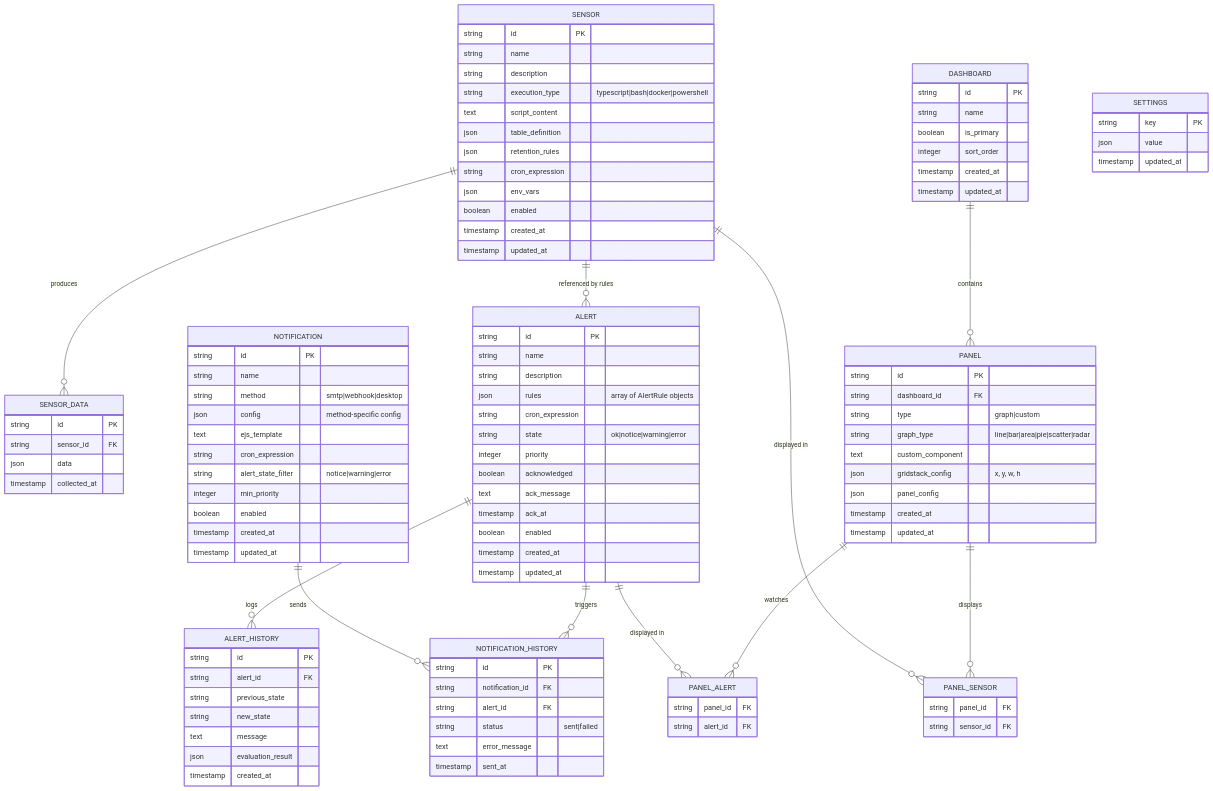
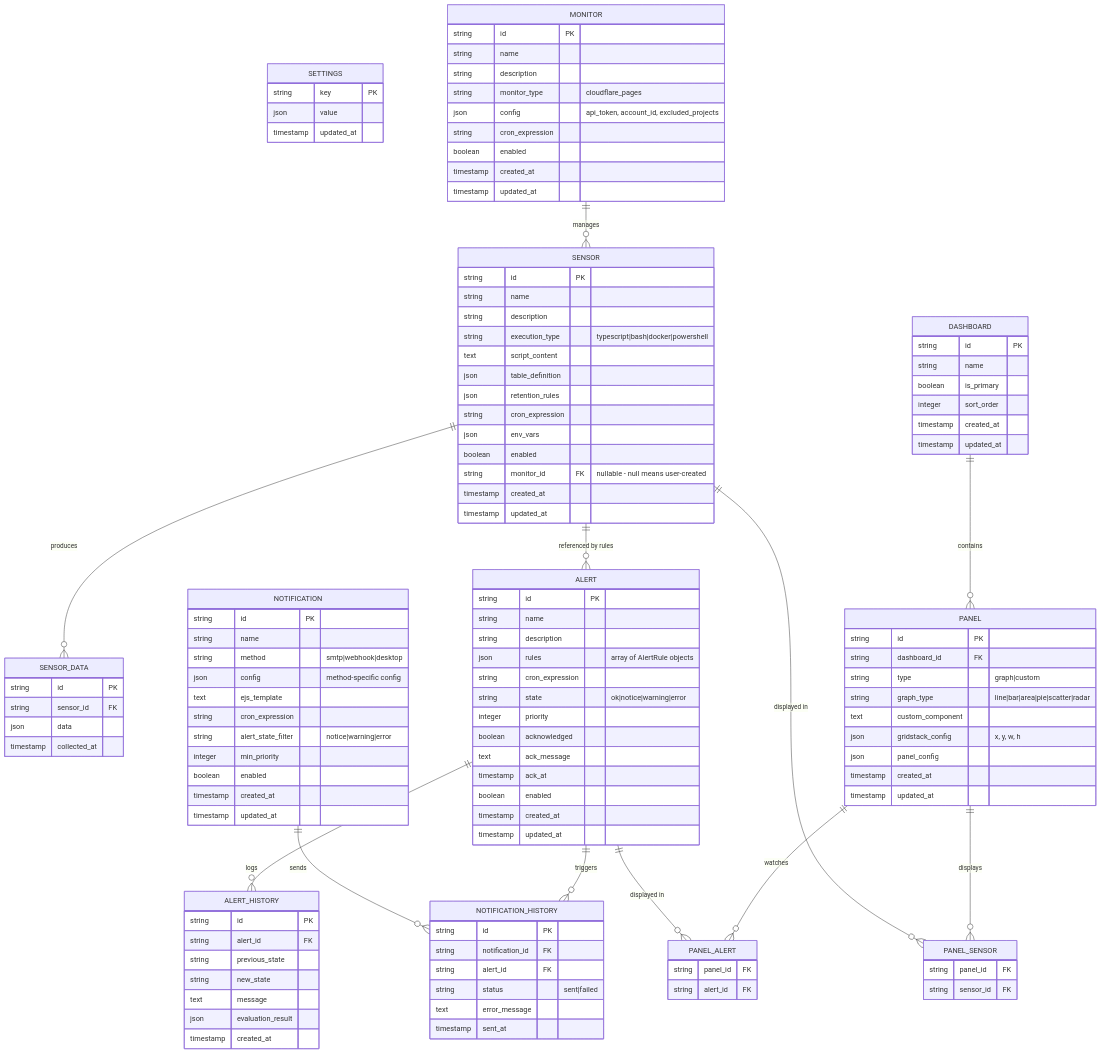
The second of 15 diagrams in docs/specification.md (Azerothian/dash), drawn with Mermaid before and after one commit. The commit also changed other lines of this file, not shown here.

First line of the commit message:
docs: add Monitor feature to specification

```diff
--- a/docs/specification.md
+++ b/docs/specification.md
@@ -87,6 +90,7 @@
         string cron_expression
         json env_vars
         boolean enabled
+        string monitor_id FK "nullable - null means user-created"
         timestamp created_at
         timestamp updated_at
     }
@@ -184,6 +188,19 @@
         timestamp updated_at
     }
 
+    MONITOR {
+        string id PK
+        string name
+        string description
+        string monitor_type "cloudflare_pages"
+        json config "api_token, account_id, excluded_projects"
+        string cron_expression
+        boolean enabled
+        timestamp created_at
+        timestamp updated_at
+    }
+
+    MONITOR ||--o{ SENSOR : "manages"
     SENSOR ||--o{ SENSOR_DATA : "produces"
     SENSOR ||--o{ ALERT : "referenced by rules"
     ALERT ||--o{ ALERT_HISTORY : "logs"
```
